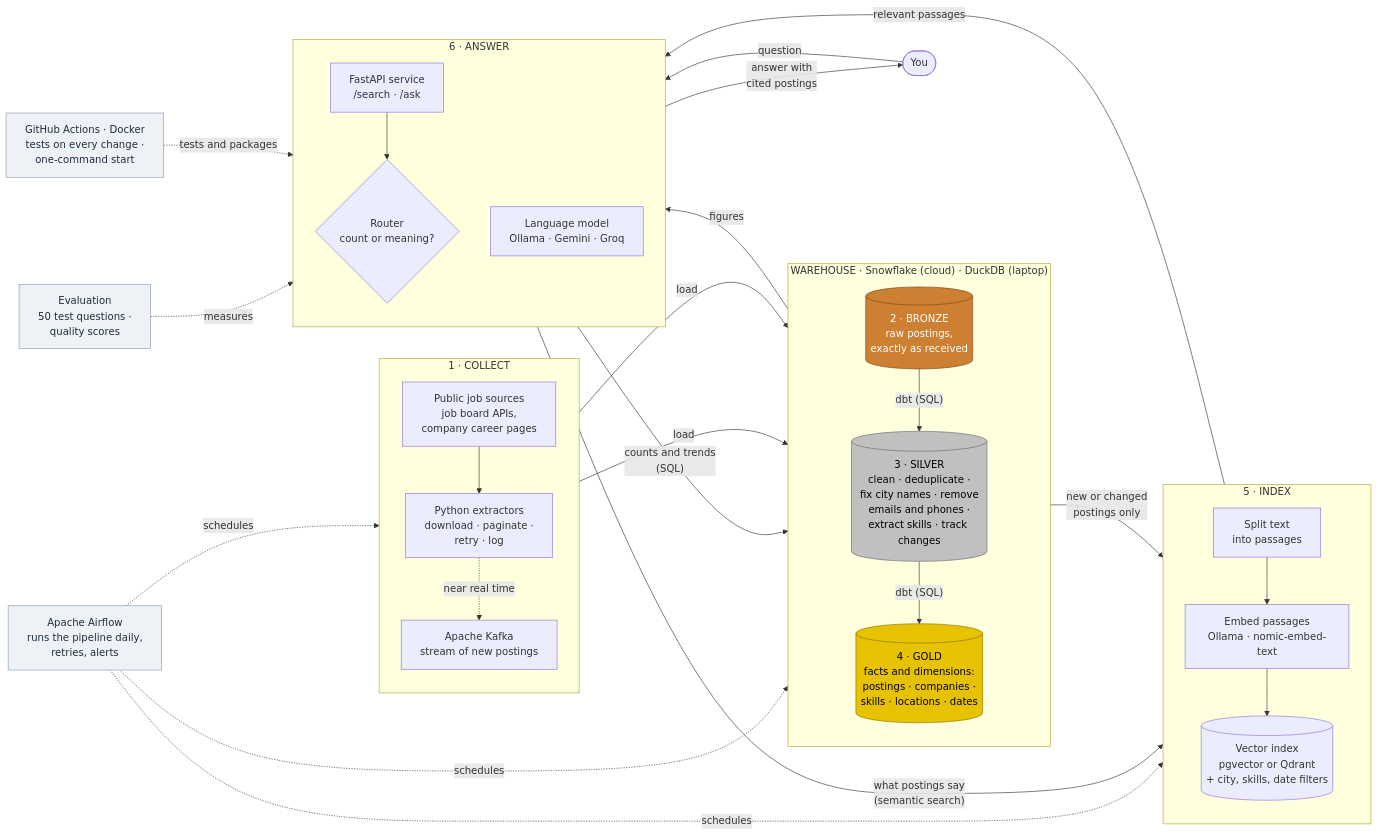
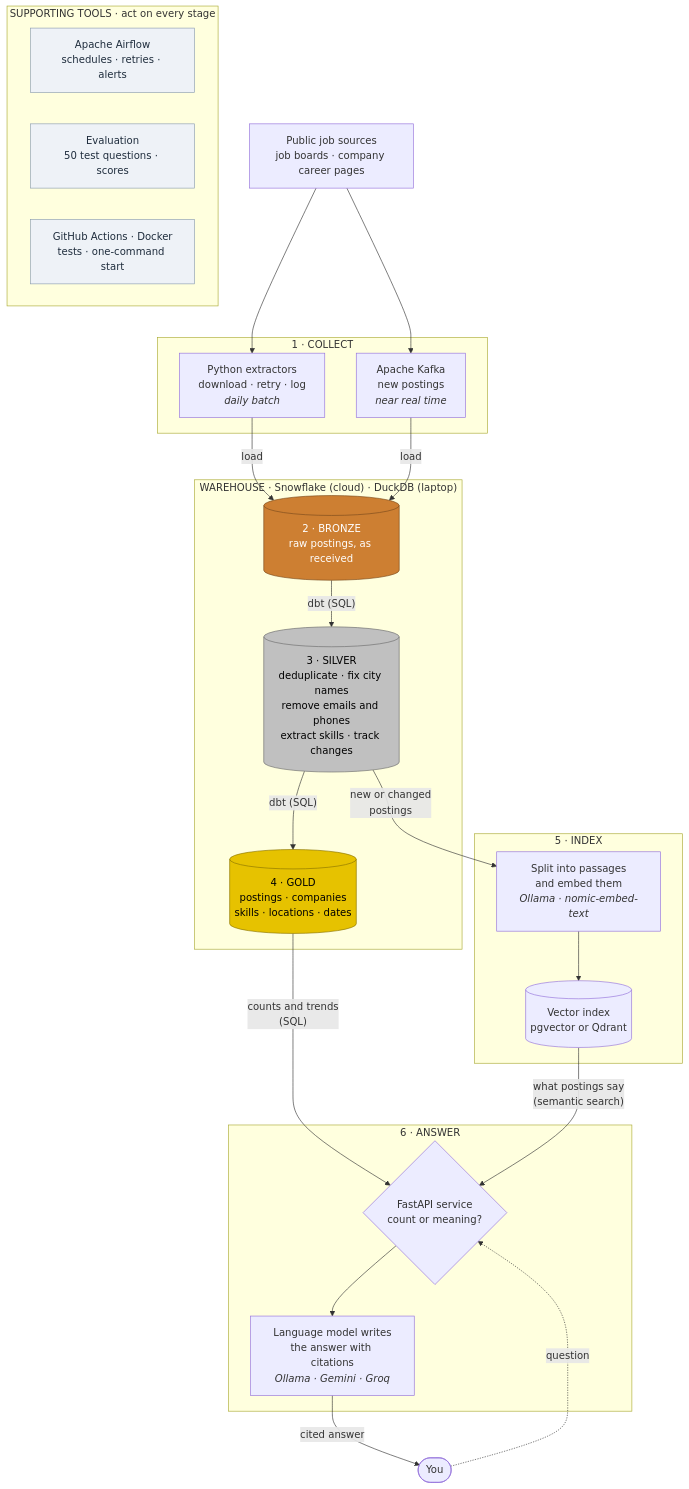
The diagram in docs/index.md (vvanurag/job-market-assistant), drawn with Mermaid before and after one commit. The commit also changed other lines of this file and 2 other files, not shown here.

Commit message:
Make the site flow diagram readable
Redraw the diagram top to bottom so it fits the page width and shows text
at normal size; shorten labels; group Airflow, evaluation and CI/CD in a
supporting-tools box instead of crossing edges. Add CSS so diagrams render
at natural size and scroll sideways if needed rather than shrinking.

````diff
--- a/docs/index.md
+++ b/docs/index.md
@@ -43,76 +43,56 @@
 ```mermaid
-flowchart LR
-    %% ---------- Sources and collection ----------
+flowchart TB
+    SRC["Public job sources<br/>job boards · company career pages"]
+
     subgraph COLLECT["1 · COLLECT"]
-        direction TB
-        SRC["Public job sources<br/>job board APIs,<br/>company career pages"]
-        EXT["Python extractors<br/>download · paginate ·<br/>retry · log"]
-        KAFKA["Apache Kafka<br/>stream of new postings"]
-        SRC --> EXT
-        EXT -. near real time .-> KAFKA
+        EXT["Python extractors<br/>download · retry · log<br/><i>daily batch</i>"]
+        KAFKA["Apache Kafka<br/>new postings<br/><i>near real time</i>"]
     end
 
-    %% ---------- Warehouse ----------
     subgraph WAREHOUSE["WAREHOUSE · Snowflake (cloud) · DuckDB (laptop)"]
-        direction TB
-        BRONZE[("2 · BRONZE<br/>raw postings,<br/>exactly as received")]
-        SILVER[("3 · SILVER<br/>clean · deduplicate ·<br/>fix city names · remove<br/>emails and phones ·<br/>extract skills · track changes")]
-        GOLD[("4 · GOLD<br/>facts and dimensions:<br/>postings · companies ·<br/>skills · locations · dates")]
-        BRONZE -- "dbt (SQL)" --> SILVER
-        SILVER -- "dbt (SQL)" --> GOLD
+        BRONZE[("2 · BRONZE<br/>raw postings, as received")]
+        SILVER[("3 · SILVER<br/>deduplicate · fix city names<br/>remove emails and phones<br/>extract skills · track changes")]
+        GOLD[("4 · GOLD<br/>postings · companies<br/>skills · locations · dates")]
     end
 
-    %% ---------- Search index ----------
     subgraph INDEX["5 · INDEX"]
-        direction TB
-        CHUNK["Split text<br/>into passages"]
-        EMBED["Embed passages<br/>Ollama · nomic-embed-text"]
-        VECTOR[("Vector index<br/>pgvector or Qdrant<br/>+ city, skills, date filters")]
-        CHUNK --> EMBED --> VECTOR
+        PREP["Split into passages<br/>and embed them<br/><i>Ollama · nomic-embed-text</i>"]
+        VECTOR[("Vector index<br/>pgvector or Qdrant")]
     end
 
-    %% ---------- Answering ----------
     subgraph ANSWER["6 · ANSWER"]
-        direction TB
-        API["FastAPI service<br/>/search · /ask"]
-        ROUTER{"Router<br/>count or meaning?"}
-        LLM["Language model<br/>Ollama · Gemini · Groq"]
-        API --> ROUTER
+        ROUTER{"FastAPI service<br/>count or meaning?"}
+        LLM["Language model writes<br/>the answer with citations<br/><i>Ollama · Gemini · Groq</i>"]
     end
 
     USER(["You"])
 
-    %% ---------- Main data flow ----------
+    SRC --> EXT
+    SRC --> KAFKA
     EXT -- load --> BRONZE
     KAFKA -- load --> BRONZE
-    SILVER -- "new or changed<br/>postings only" --> CHUNK
+    BRONZE -- "dbt (SQL)" --> SILVER
+    SILVER -- "dbt (SQL)" --> GOLD
+    SILVER -- "new or changed<br/>postings" --> PREP
+    PREP --> VECTOR
+    GOLD -- "counts and trends<br/>(SQL)" --> ROUTER
+    VECTOR -- "what postings say<br/>(semantic search)" --> ROUTER
+    ROUTER --> LLM
+    LLM -- "cited answer" --> USER
+    USER -. question .-> ROUTER
 
-    %% ---------- Question flow ----------
-    USER -- question --> API
-    ROUTER -- "counts and trends<br/>(SQL)" --> GOLD
-    ROUTER -- "what postings say<br/>(semantic search)" --> VECTOR
-    GOLD -- figures --> LLM
-    VECTOR -- "relevant passages" --> LLM
-    LLM -- "answer with<br/>cited postings" --> USER
+    subgraph SUPPORT["SUPPORTING TOOLS · act on every stage"]
+        AIRFLOW["Apache Airflow<br/>schedules · retries · alerts"]
+        EVAL["Evaluation<br/>50 test questions · scores"]
+        CICD["GitHub Actions · Docker<br/>tests · one-command start"]
+    end
 
-    %% ---------- Supporting tools ----------
-    AIRFLOW["Apache Airflow<br/>runs the pipeline daily,<br/>retries, alerts"]
-    EVAL["Evaluation<br/>50 test questions ·<br/>quality scores"]
-    CICD["GitHub Actions · Docker<br/>tests on every change ·<br/>one-command start"]
-
-    AIRFLOW -. schedules .-> EXT
-    AIRFLOW -. schedules .-> SILVER
-    AIRFLOW -. schedules .-> CHUNK
-    EVAL -. measures .-> API
-    CICD -. tests and packages .-> API
-
-    %% ---------- Styling ----------
     classDef bronze fill:#cd7f32,stroke:#7a4a1c,color:#fff
     classDef silver fill:#c0c0c0,stroke:#6b6b6b,color:#000
     classDef gold fill:#e6c200,stroke:#8a7400,color:#000
     classDef support fill:#eef2f7,stroke:#8a9bb0,color:#1f2d3d
     class BRONZE bronze
     class SILVER silver
     class GOLD gold
     class AIRFLOW,EVAL,CICD support
 ```
````
